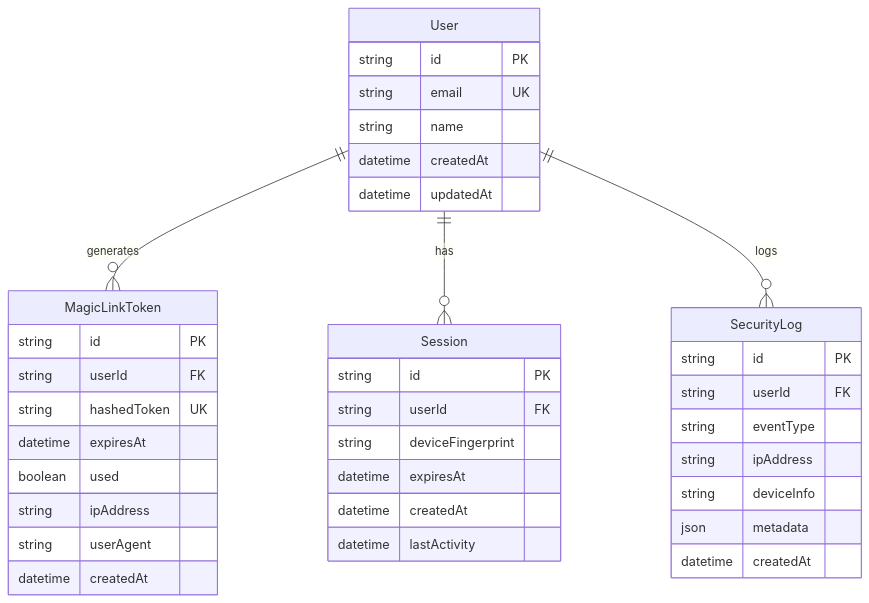
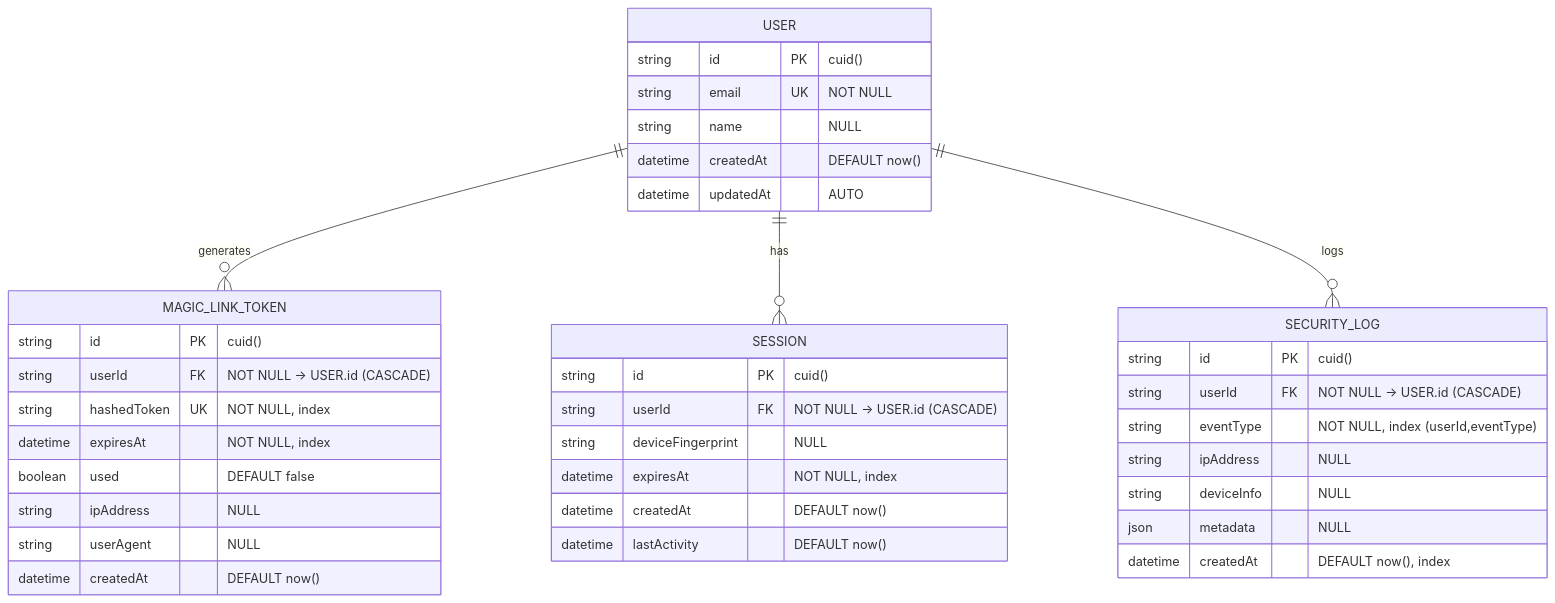
Before and after one commit to einja-inc/einja-management-template: the sixth of 14 diagrams in docs/einja/example/specs/issues/issue999-example-task/design.md, drawn with Mermaid. The commit also changed other lines of this file and 7 other files, not shown here.

````diff
--- a/docs/einja/example/specs/issues/issue999-example-task/design.md
+++ b/docs/einja/example/specs/issues/issue999-example-task/design.md
@@ -139,44 +464,44 @@
 ```mermaid
 erDiagram
-    User {
-        string id PK
-        string email UK
-        string name
-        datetime createdAt
-        datetime updatedAt
+    USER {
+        string id PK "cuid()"
+        string email UK "NOT NULL"
+        string name "NULL"
+        datetime createdAt "DEFAULT now()"
+        datetime updatedAt "AUTO"
     }
-    
-    MagicLinkToken {
-        string id PK
-        string userId FK
-        string hashedToken UK
-        datetime expiresAt
-        boolean used
-        string ipAddress
-        string userAgent
-        datetime createdAt
+
+    MAGIC_LINK_TOKEN {
+        string id PK "cuid()"
+        string userId FK "NOT NULL → USER.id (CASCADE)"
+        string hashedToken UK "NOT NULL, index"
+        datetime expiresAt "NOT NULL, index"
+        boolean used "DEFAULT false"
+        string ipAddress "NULL"
+        string userAgent "NULL"
+        datetime createdAt "DEFAULT now()"
     }
-    
-    Session {
-        string id PK
-        string userId FK
-        string deviceFingerprint
-        datetime expiresAt
-        datetime createdAt
-        datetime lastActivity
+
+    SESSION {
+        string id PK "cuid()"
+        string userId FK "NOT NULL → USER.id (CASCADE)"
+        string deviceFingerprint "NULL"
+        datetime expiresAt "NOT NULL, index"
+        datetime createdAt "DEFAULT now()"
+        datetime lastActivity "DEFAULT now()"
     }
-    
-    SecurityLog {
-        string id PK
-        string userId FK
-        string eventType
-        string ipAddress
-        string deviceInfo
-        json metadata
-        datetime createdAt
+
+    SECURITY_LOG {
+        string id PK "cuid()"
+        string userId FK "NOT NULL → USER.id (CASCADE)"
+        string eventType "NOT NULL, index (userId,eventType)"
+        string ipAddress "NULL"
+        string deviceInfo "NULL"
+        json metadata "NULL"
+        datetime createdAt "DEFAULT now(), index"
     }
-    
-    User ||--o{ MagicLinkToken : generates
-    User ||--o{ Session : has
-    User ||--o{ SecurityLog : logs
+
+    USER ||--o{ MAGIC_LINK_TOKEN : "generates"
+    USER ||--o{ SESSION : "has"
+    USER ||--o{ SECURITY_LOG : "logs"
 ```
````
